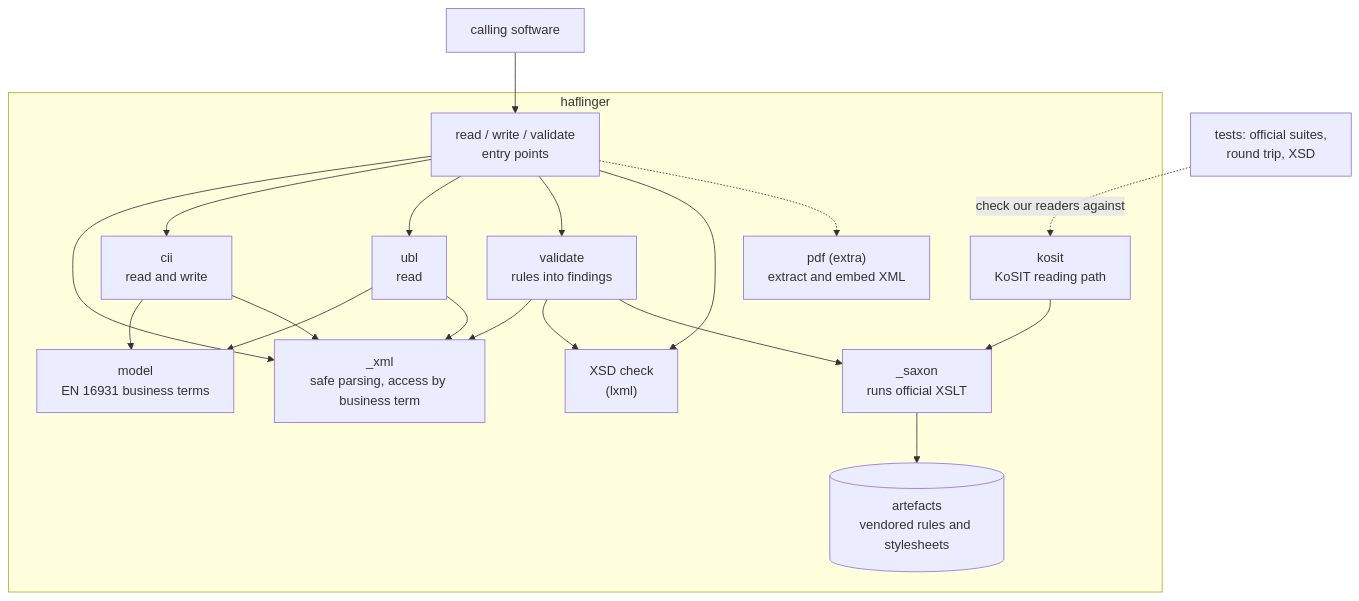
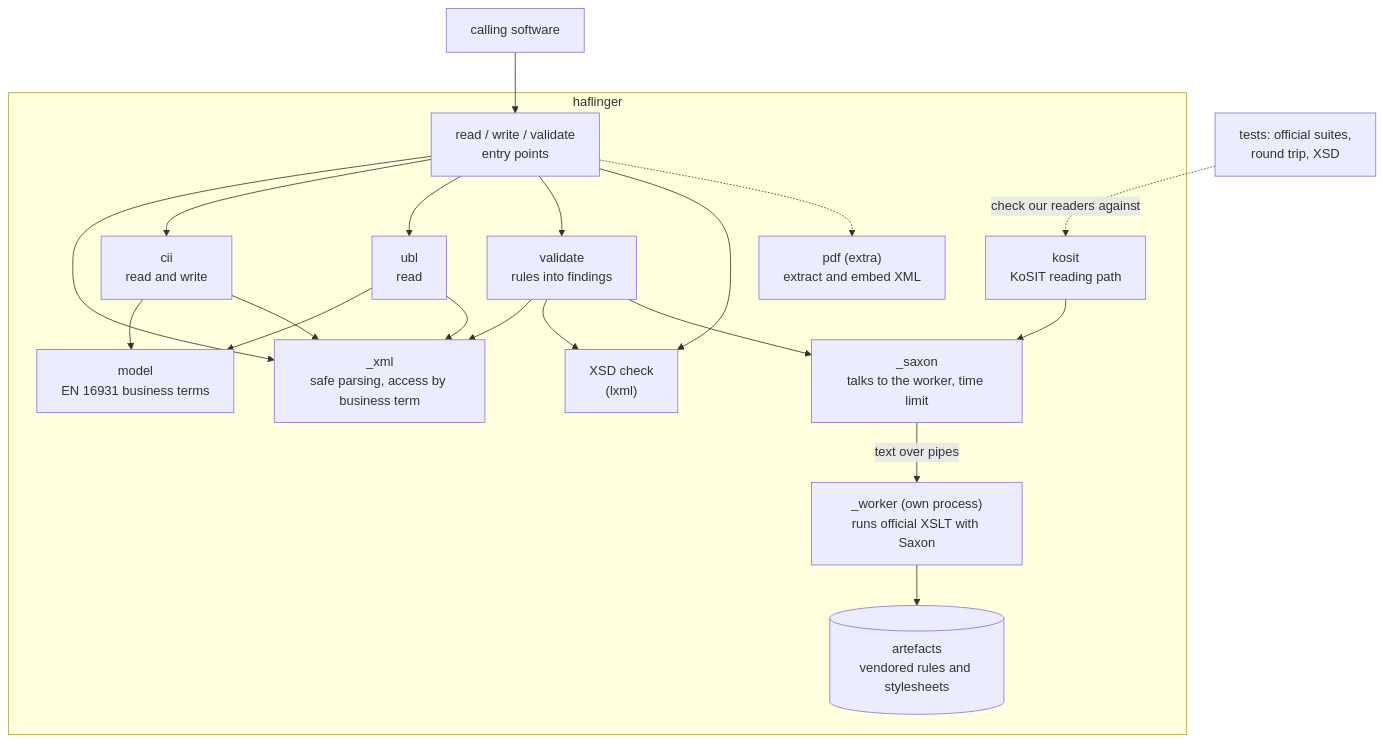
The second of 5 diagrams in docs/arc42/README.md (Interlusion/haflinger), drawn with Mermaid before and after one commit. The commit also changed other lines of this file and 7 other files, not shown here.

First line of the commit message:
docs: the worker process in arc42, README and backlog; ITEM-007 done

````diff
--- a/docs/arc42/README.md
+++ b/docs/arc42/README.md
@@ -95,33 +95,35 @@
 ```mermaid
 flowchart TB
     subgraph lib["haflinger"]
         api["read / write / validate<br/>entry points"]
         model["model<br/>EN 16931 business terms"]
         safe["_xml<br/>safe parsing, access by business term"]
         cii["cii<br/>read and write"]
         ubl["ubl<br/>read"]
         validate["validate<br/>rules into findings"]
         xsd["XSD check<br/>(lxml)"]
         kosit["kosit<br/>KoSIT reading path"]
-        saxon["_saxon<br/>runs official XSLT"]
+        saxon["_saxon<br/>talks to the worker, time limit"]
+        worker["_worker (own process)<br/>runs official XSLT with Saxon"]
         artefacts[("artefacts<br/>vendored rules and stylesheets")]
         pdf["pdf (extra)<br/>extract and embed XML"]
     end
     caller["calling software"]
     tests["tests: official suites,<br/>round trip, XSD"]
 
     caller --> api
     api --> safe
     api --> cii & ubl
     api --> validate
     api --> xsd
     api -.-> pdf
     validate --> safe
     validate --> xsd
     cii & ubl --> model
     cii & ubl --> safe
     validate --> saxon
     kosit --> saxon
-    saxon --> artefacts
+    saxon -- "text over pipes" --> worker
+    worker --> artefacts
     tests -. "check our readers against" .-> kosit
 ```
````
